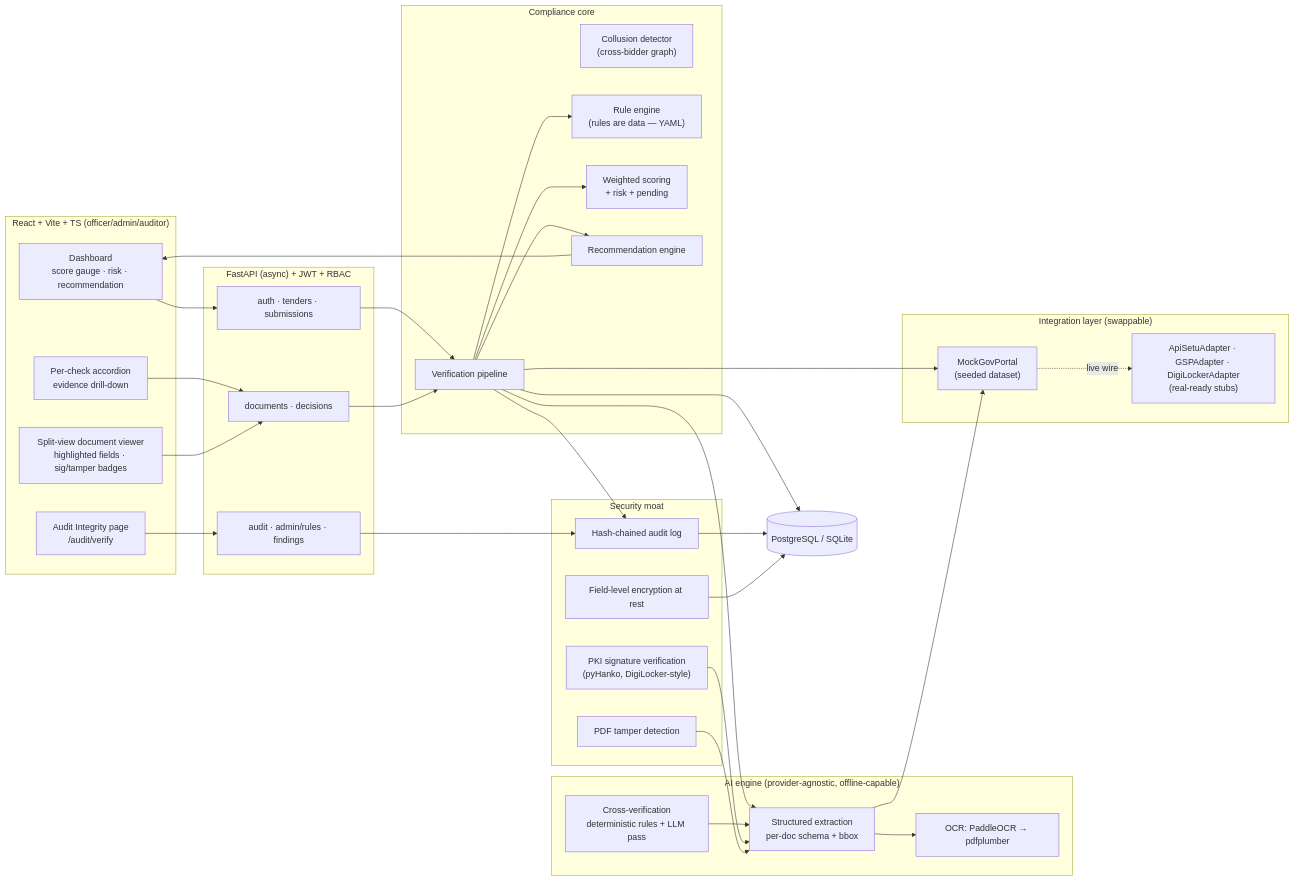
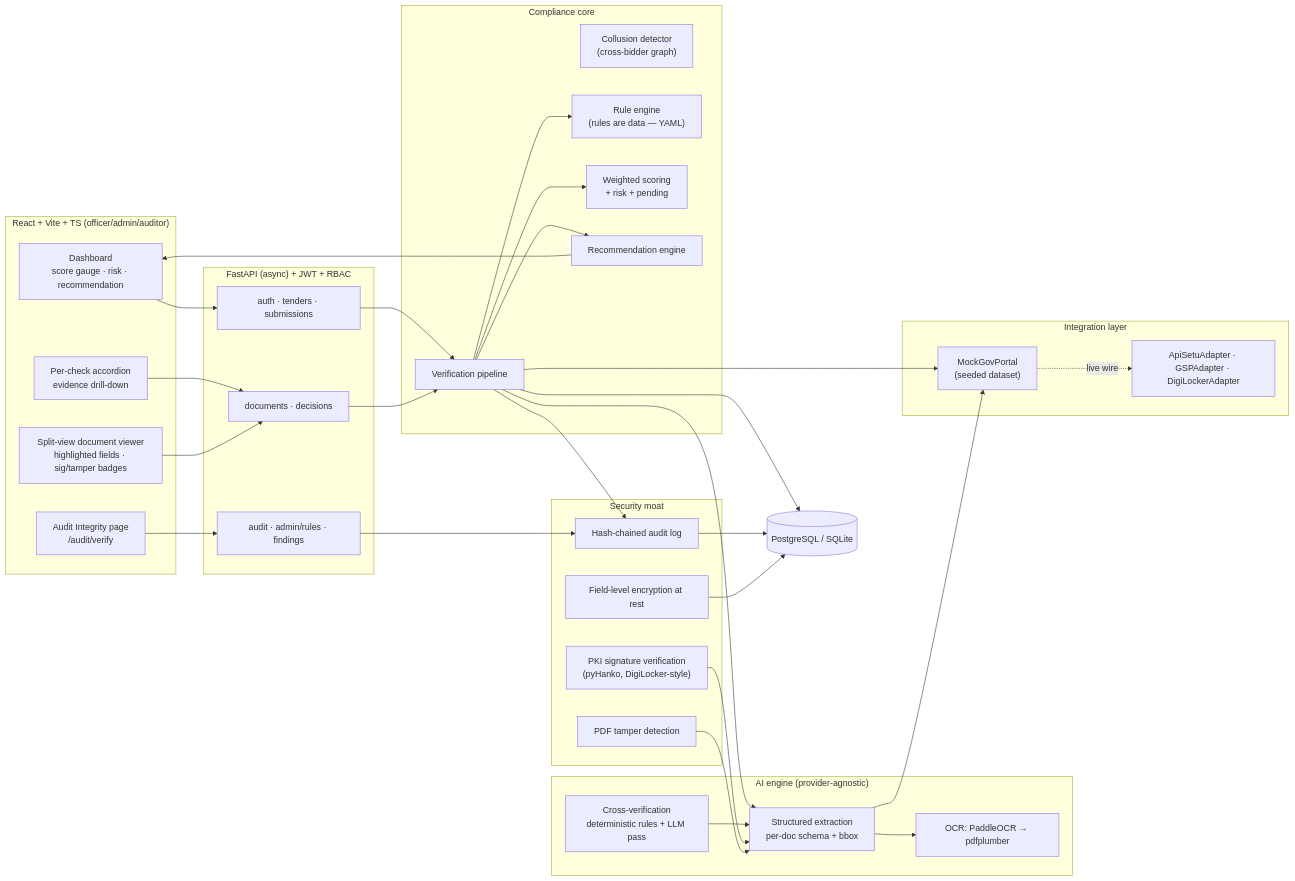
Before and after one commit to sakshamp413-hash/gem-bid-compliance-platform: the fourth of 4 diagrams in README.md, drawn with Mermaid. The commit also changed other lines of this file, not shown here.

````diff
--- a/README.md
+++ b/README.md
@@ -57,53 +214,53 @@
 ```mermaid
 flowchart LR
     subgraph Frontend["React + Vite + TS (officer/admin/auditor)"]
         Dash["Dashboard<br/>score gauge · risk · recommendation"]
         Checks["Per-check accordion<br/>evidence drill-down"]
         Viewer["Split-view document viewer<br/>highlighted fields · sig/tamper badges"]
         Audit["Audit Integrity page<br/>/audit/verify"]
     end
 
     subgraph API["FastAPI (async) + JWT + RBAC"]
         R1["auth · tenders · submissions"]
         R2["documents · decisions"]
         R3["audit · admin/rules · findings"]
     end
 
     subgraph Core["Compliance core"]
         P["Verification pipeline"]
         COL["Collusion detector<br/>(cross-bidder graph)"]
         RE["Rule engine<br/>(rules are data — YAML)"]
         SC["Weighted scoring<br/>+ risk + pending"]
         REC["Recommendation engine"]
     end
 
-    subgraph AI["AI engine (provider-agnostic, offline-capable)"]
+    subgraph AI["AI engine (provider-agnostic)"]
         OCR["OCR: PaddleOCR → pdfplumber"]
         EX["Structured extraction<br/>per-doc schema + bbox"]
         XV["Cross-verification<br/>deterministic rules + LLM pass"]
     end
 
     subgraph Sec["Security moat"]
         SIG["PKI signature verification<br/>(pyHanko, DigiLocker-style)"]
         TAM["PDF tamper detection"]
         AUL["Hash-chained audit log"]
         ENC["Field-level encryption at rest"]
     end
 
-    subgraph Gov["Integration layer (swappable)"]
+    subgraph Gov["Integration layer"]
         MOCK["MockGovPortal<br/>(seeded dataset)"]
-        API2["ApiSetuAdapter · GSPAdapter · DigiLockerAdapter<br/>(real-ready stubs)"]
+        API2["ApiSetuAdapter · GSPAdapter · DigiLockerAdapter"]
     end
 
     DB[("PostgreSQL / SQLite")]
 
     Dash --> R1; Checks --> R2; Viewer --> R2; Audit --> R3
     R1 --> P; R2 --> P
     P --> RE; P --> EX; P --> SC; P --> REC
     EX --> OCR; XV --> EX
     SIG --> EX; TAM --> EX
     P --> AUL; R3 --> AUL
     EX --> MOCK; P --> MOCK; MOCK -.live wire.-> API2
     P --> DB; AUL --> DB; ENC --> DB
     REC --> Dash
 ```
````
